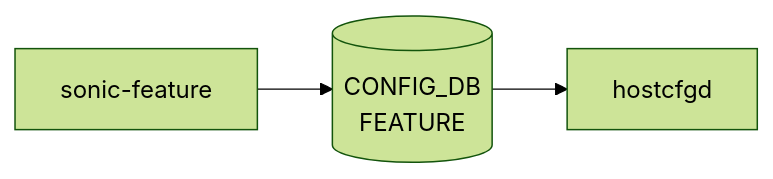
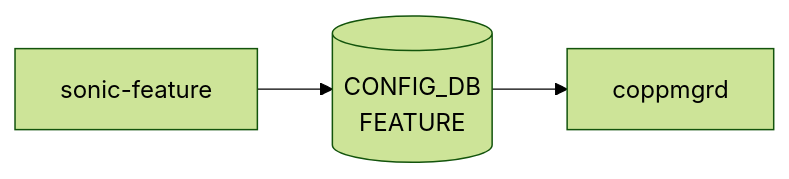
Before and after one commit to aoki-taquan/sonic-unofficial-docs: the diagram in docs/reference/yang/sonic-feature.md, drawn with Mermaid (forest theme). The commit also changed other lines of this file and 143 other files, not shown here.

````diff
--- a/docs/reference/yang/sonic-feature.md
+++ b/docs/reference/yang/sonic-feature.md
@@ -36,8 +36,8 @@
 ```mermaid
 flowchart LR
   Y["sonic-feature"]
   C1[("CONFIG_DB<br/>FEATURE")]
   Y --> C1
-  D1["hostcfgd"]
+  D1["coppmgrd"]
   C1 --> D1
 ```
````
